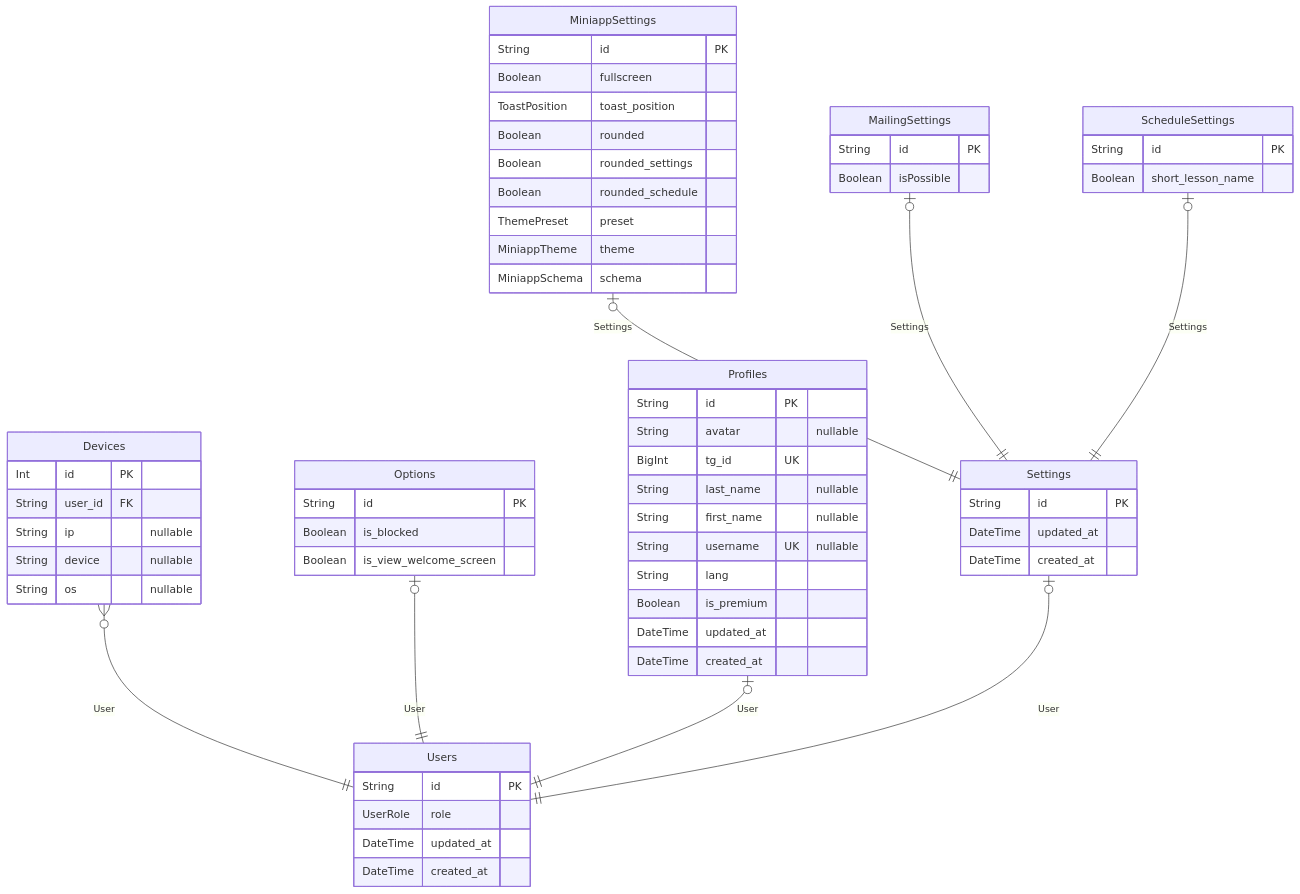
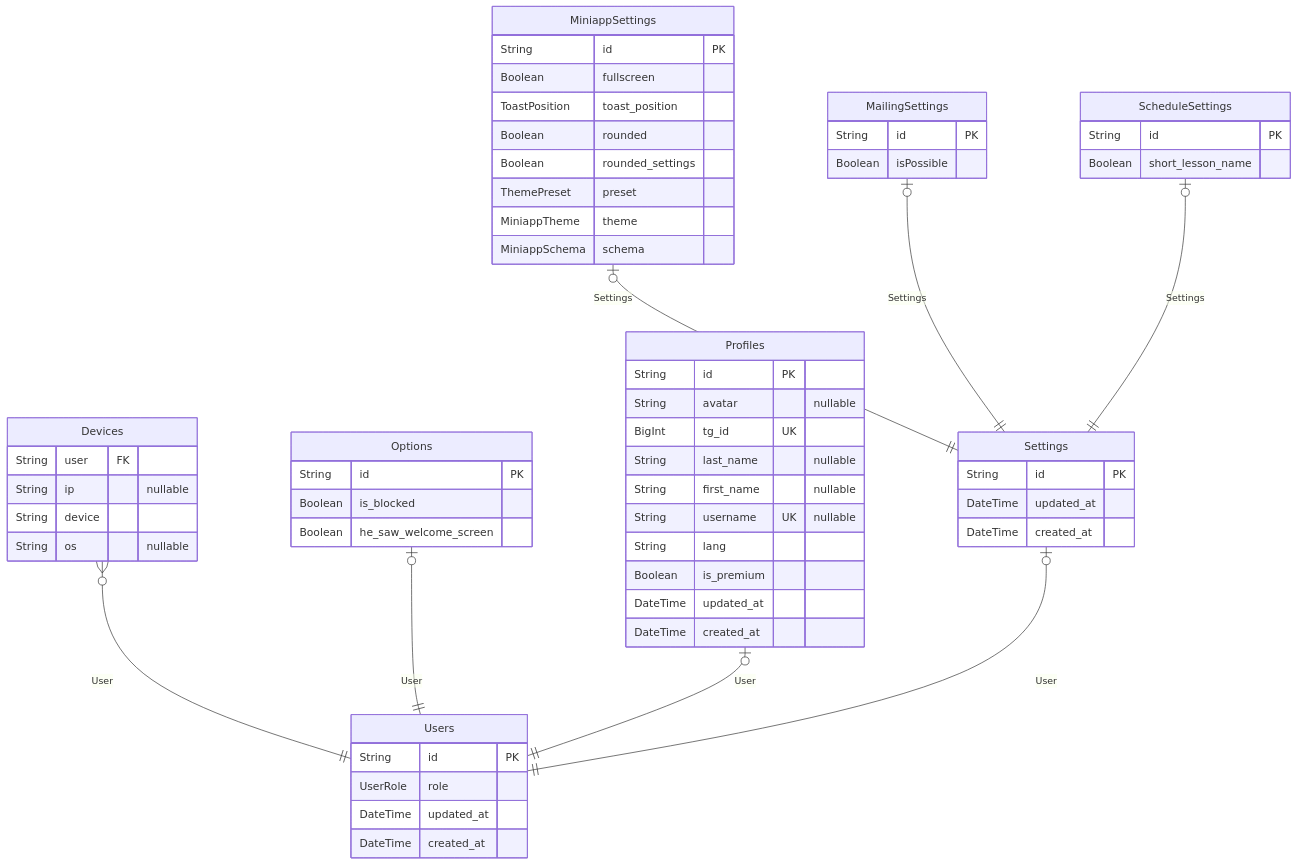
The third of 4 diagrams in packages/db/prisma/ThodleDatabase.md (NeatDeveloper/Thodle), drawn with Mermaid before and after one commit. The commit also changed other lines of this file and 35 other files, not shown here.

````diff
--- a/packages/db/prisma/ThodleDatabase.md
+++ b/packages/db/prisma/ThodleDatabase.md
@@ -355,64 +355,62 @@
 ```mermaid
 erDiagram
 "Devices" {
-  Int id PK
-  String user_id FK
+  String user FK
   String ip "nullable"
-  String device "nullable"
+  String device
   String os "nullable"
 }
 "Options" {
   String id PK
   Boolean is_blocked
-  Boolean is_view_welcome_screen
+  Boolean he_saw_welcome_screen
 }
 "Profiles" {
   String id PK
   String avatar "nullable"
   BigInt tg_id UK
   String last_name "nullable"
   String first_name "nullable"
   String username UK "nullable"
   String lang
   Boolean is_premium
   DateTime updated_at
   DateTime created_at
 }
 "Settings" {
   String id PK
   DateTime updated_at
   DateTime created_at
 }
 "MiniappSettings" {
   String id PK
   Boolean fullscreen
   ToastPosition toast_position
   Boolean rounded
   Boolean rounded_settings
-  Boolean rounded_schedule
   ThemePreset preset
   MiniappTheme theme
   MiniappSchema schema
 }
 "MailingSettings" {
   String id PK
   Boolean isPossible
 }
 "ScheduleSettings" {
   String id PK
   Boolean short_lesson_name
 }
 "Users" {
   String id PK
   UserRole role
   DateTime updated_at
   DateTime created_at
 }
 "Devices" }o--|| "Users" : User
 "Options" |o--|| "Users" : User
 "Profiles" |o--|| "Users" : User
 "Settings" |o--|| "Users" : User
 "MiniappSettings" |o--|| "Settings" : Settings
 "MailingSettings" |o--|| "Settings" : Settings
 "ScheduleSettings" |o--|| "Settings" : Settings
 ```
````
